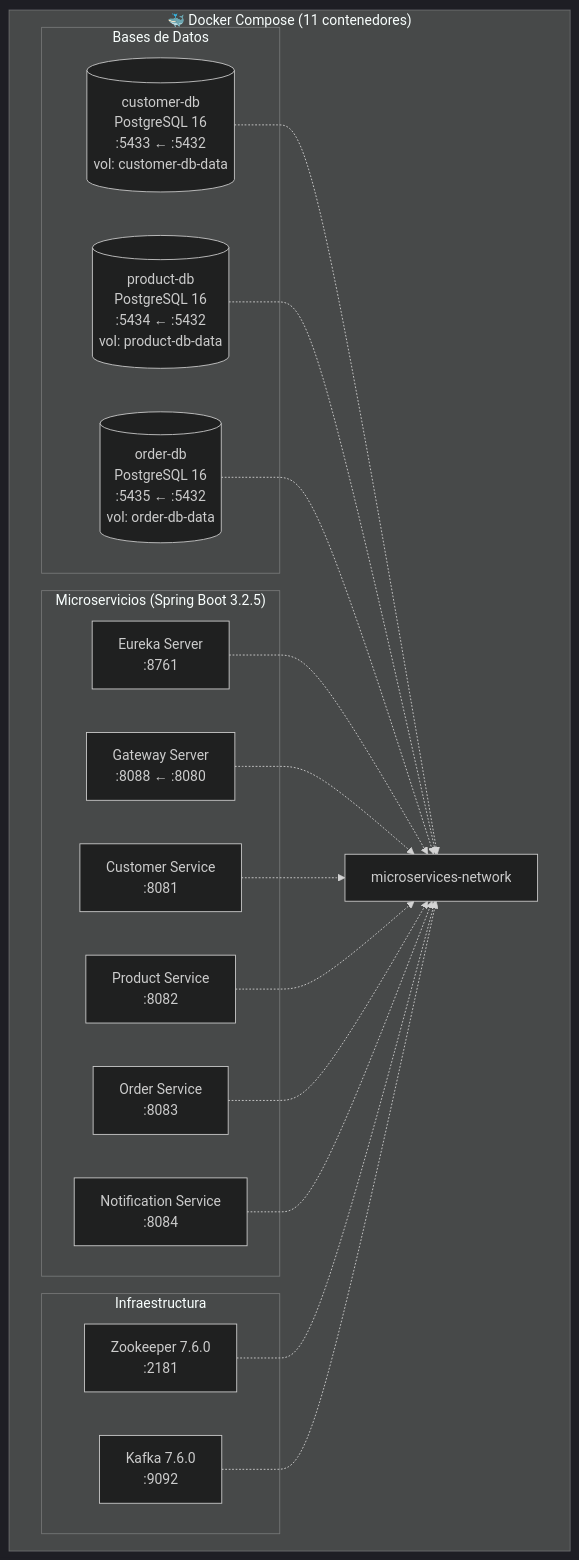
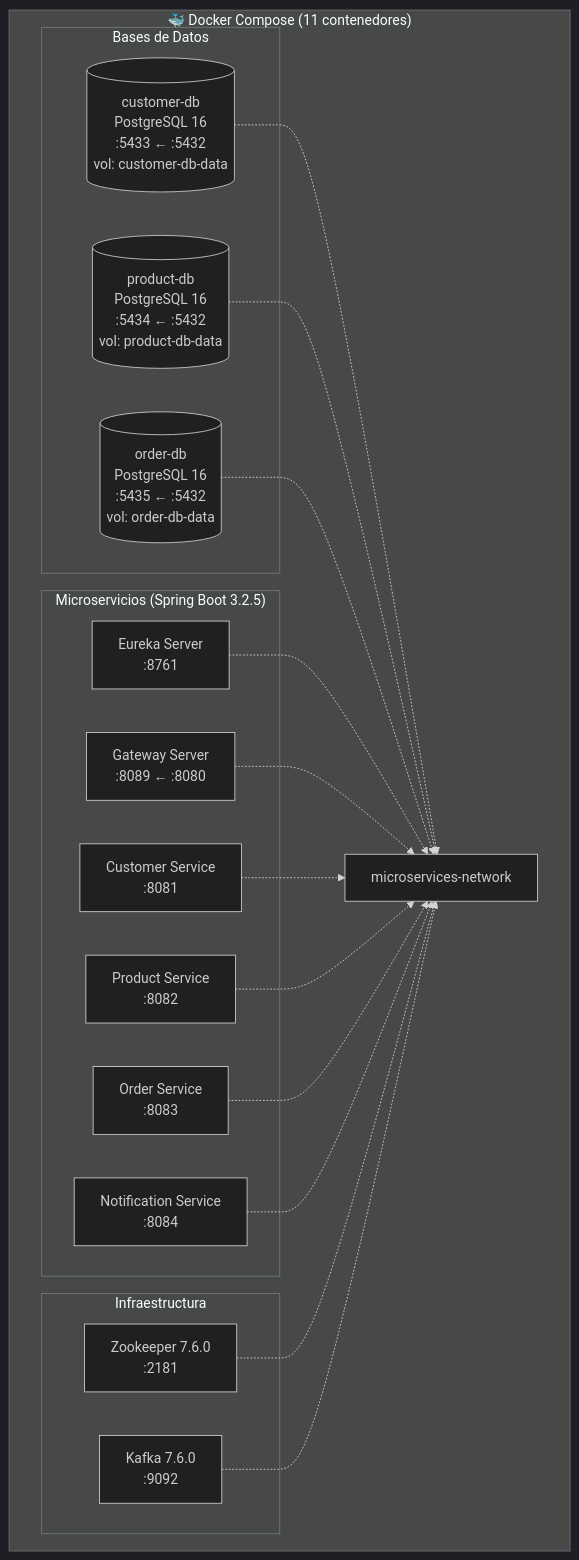
Before and after one commit to gibran-guzman/microservices-with-kafka: the fifth of 5 diagrams in ARCHITECTURE.md, drawn with Mermaid (dark theme). The commit also changed other lines of this file and 8 other files, not shown here.

````diff
--- a/ARCHITECTURE.md
+++ b/ARCHITECTURE.md
@@ -177,38 +177,38 @@
 ```mermaid
 graph TB
     subgraph Docker["🐳 Docker Compose (11 contenedores)"]
         NET[microservices-network]
 
         subgraph Infra["Infraestructura"]
             ZK[Zookeeper 7.6.0<br/>:2181]
             KAFKA[Kafka 7.6.0<br/>:9092]
         end
 
         subgraph DBs["Bases de Datos"]
             CDB[("customer-db<br/>PostgreSQL 16<br/>:5433 ← :5432<br/>vol: customer-db-data")]
             PDB[("product-db<br/>PostgreSQL 16<br/>:5434 ← :5432<br/>vol: product-db-data")]
             ODB[("order-db<br/>PostgreSQL 16<br/>:5435 ← :5432<br/>vol: order-db-data")]
         end
 
         subgraph Services["Microservicios (Spring Boot 3.2.5)"]
             EUREKA[Eureka Server<br/>:8761]
-            GW[Gateway Server<br/>:8088 ← :8080]
+            GW[Gateway Server<br/>:8089 ← :8080]
             CS[Customer Service<br/>:8081]
             PS[Product Service<br/>:8082]
             OS[Order Service<br/>:8083]
             NS[Notification Service<br/>:8084]
         end
     end
 
     CDB -.-> NET
     PDB -.-> NET
     ODB -.-> NET
     EUREKA -.-> NET
     GW -.-> NET
     CS -.-> NET
     PS -.-> NET
     OS -.-> NET
     NS -.-> NET
     ZK -.-> NET
     KAFKA -.-> NET
 ```
````
